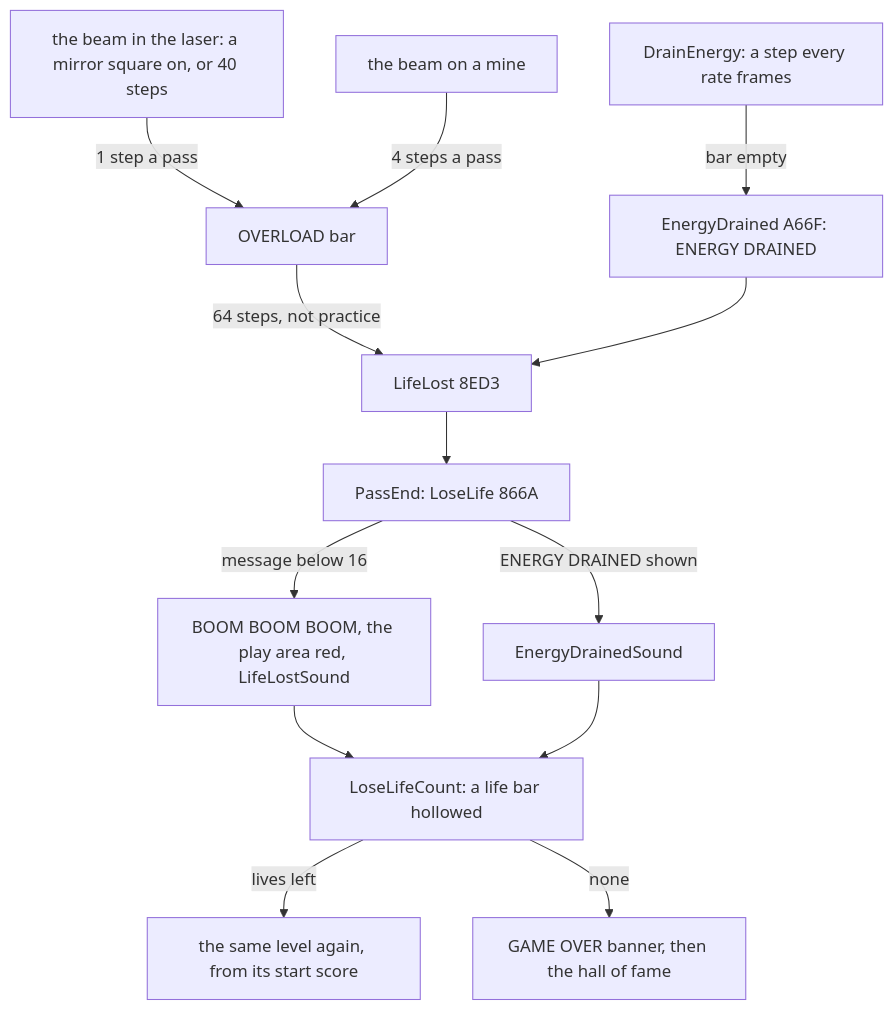
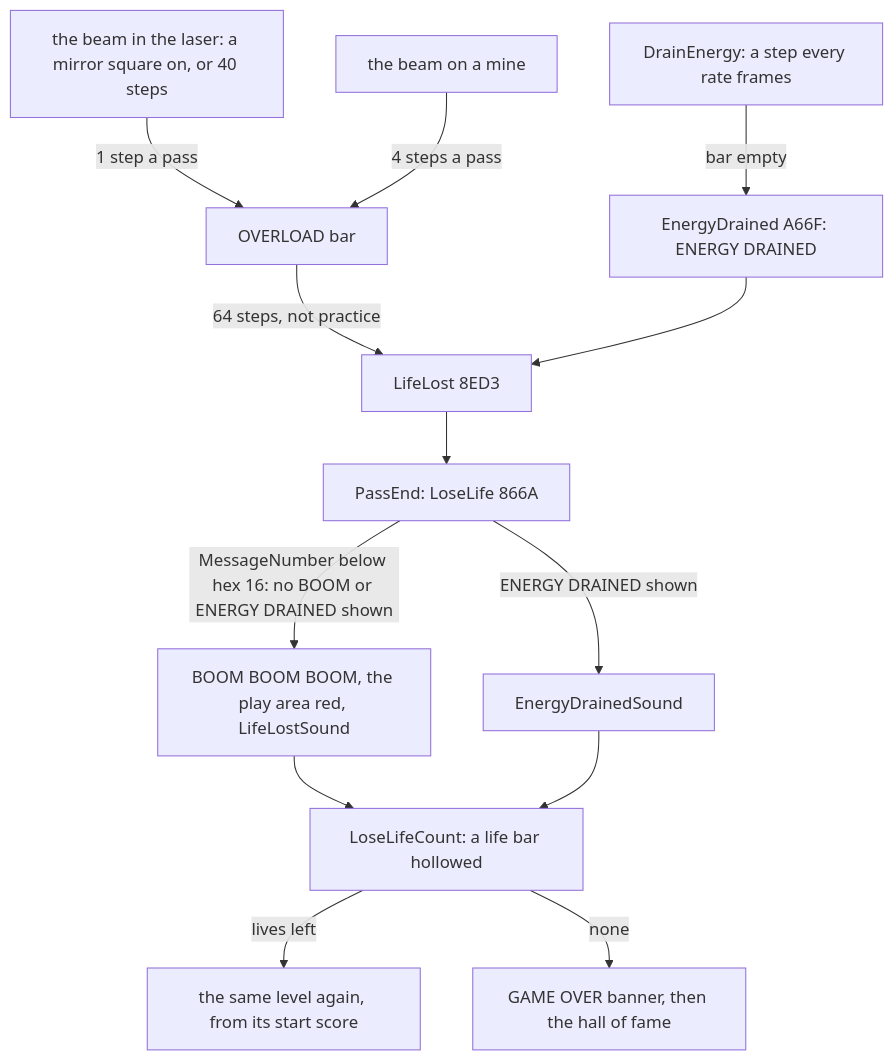
Before and after one commit to alfishe/unrealng-reverse-cases: the third of 4 diagrams in games/deflektor/docs/10-gameplay-logic.md, drawn with Mermaid. The commit also changed other lines of this file and 34 other files, not shown here.

````diff
--- a/games/deflektor/docs/10-gameplay-logic.md
+++ b/games/deflektor/docs/10-gameplay-logic.md
@@ -403,15 +760,15 @@
 ```mermaid
 flowchart TD
     A[the beam in the laser: a mirror square on, or 40 steps] -->|1 step a pass| O[OVERLOAD bar]
     B[the beam on a mine] -->|4 steps a pass| O
     O -->|64 steps, not practice| L[LifeLost 8ED3]
     E[DrainEnergy: a step every rate frames] -->|bar empty| D[EnergyDrained A66F: ENERGY DRAINED]
     D --> L
     L --> P[PassEnd: LoseLife 866A]
-    P -->|message below 16| R[BOOM BOOM BOOM, the play area red, LifeLostSound]
+    P -->|MessageNumber below hex 16: no BOOM or ENERGY DRAINED shown| R[BOOM BOOM BOOM, the play area red, LifeLostSound]
     P -->|ENERGY DRAINED shown| S[EnergyDrainedSound]
     R --> C[LoseLifeCount: a life bar hollowed]
     S --> C
     C -->|lives left| N[the same level again, from its start score]
     C -->|none| G[GAME OVER banner, then the hall of fame]
 ```
````
